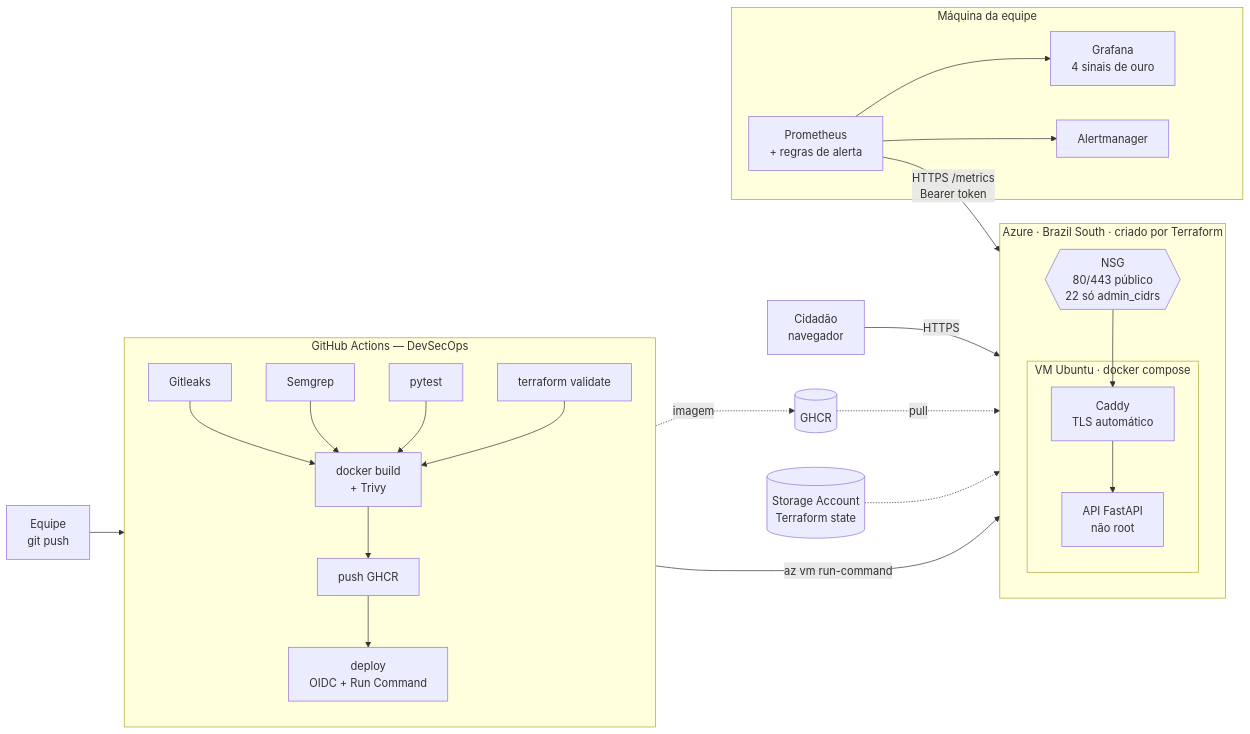
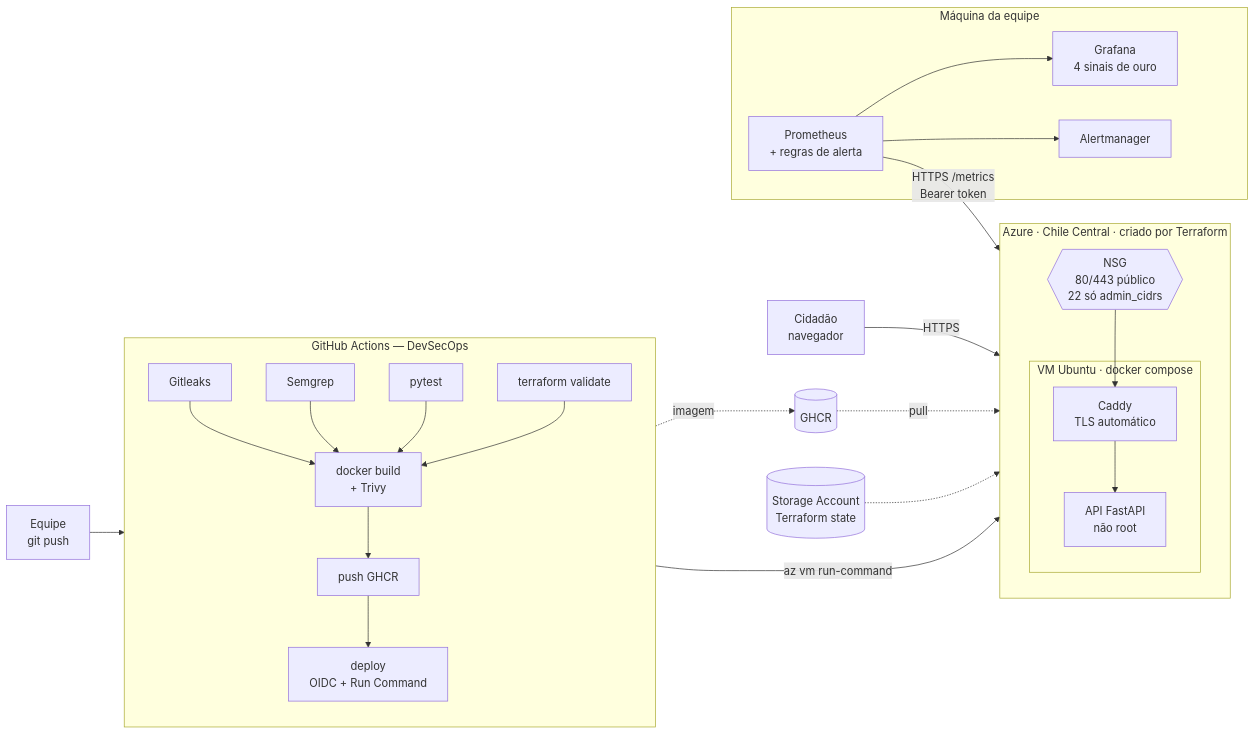
Before and after one commit to pebarone/citizentech-devops-gs: the diagram in docs/arquitetura.md, drawn with Mermaid. The commit also changed other lines of this file and 9 other files, not shown here.

````diff
--- a/docs/arquitetura.md
+++ b/docs/arquitetura.md
@@ -3,37 +3,37 @@
 ```mermaid
 flowchart LR
     dev[Equipe<br/>git push] --> gh
 
     subgraph gh[GitHub Actions — DevSecOps]
         direction TB
         gl[Gitleaks] --> b
         sg[Semgrep] --> b
         t[pytest] --> b
         tf[terraform validate] --> b
         b[docker build<br/>+ Trivy] --> push[push GHCR]
         push --> dep[deploy<br/>OIDC + Run Command]
     end
 
     push -.imagem.-> ghcr[(GHCR)]
 
-    subgraph az[Azure · Brazil South · criado por Terraform]
+    subgraph az[Azure · Chile Central · criado por Terraform]
         direction TB
         nsg{{NSG<br/>80/443 público<br/>22 só admin_cidrs}}
         subgraph vm[VM Ubuntu · docker compose]
             caddy[Caddy<br/>TLS automático] --> api[API FastAPI<br/>não root]
         end
         nsg --> caddy
     end
 
     dep -- az vm run-command --> vm
     ghcr -.pull.-> vm
     cidadao[Cidadão<br/>navegador] -- HTTPS --> nsg
 
     subgraph local[Máquina da equipe]
         prom[Prometheus<br/>+ regras de alerta] --> graf[Grafana<br/>4 sinais de ouro]
         prom --> am[Alertmanager]
     end
     prom -- "HTTPS /metrics<br/>Bearer token" --> nsg
 
     state[(Storage Account<br/>Terraform state)] -.-> az
 ```
````
